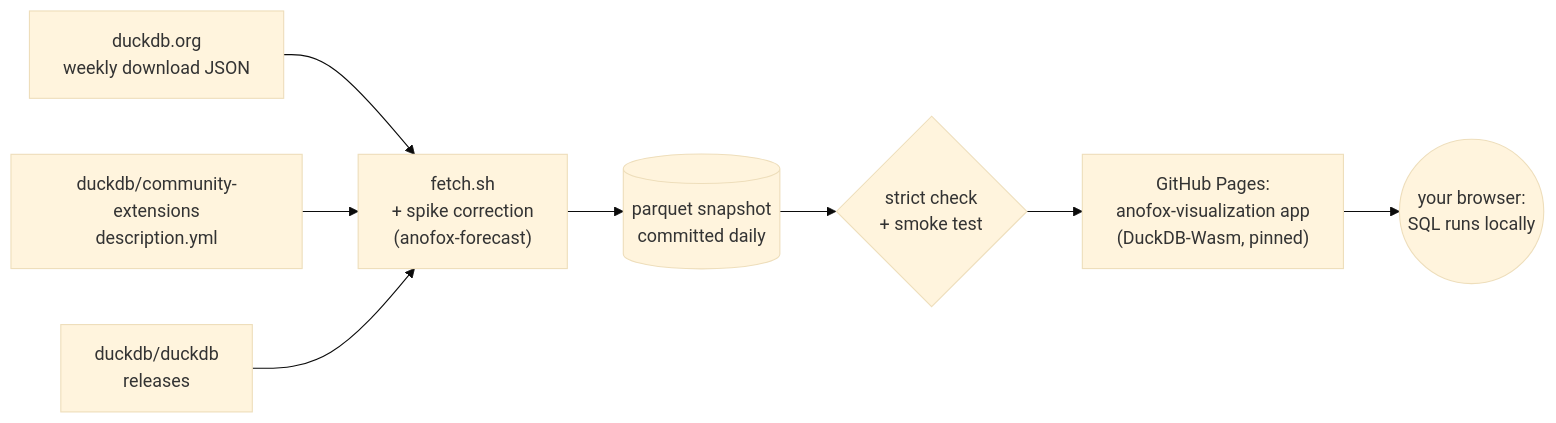
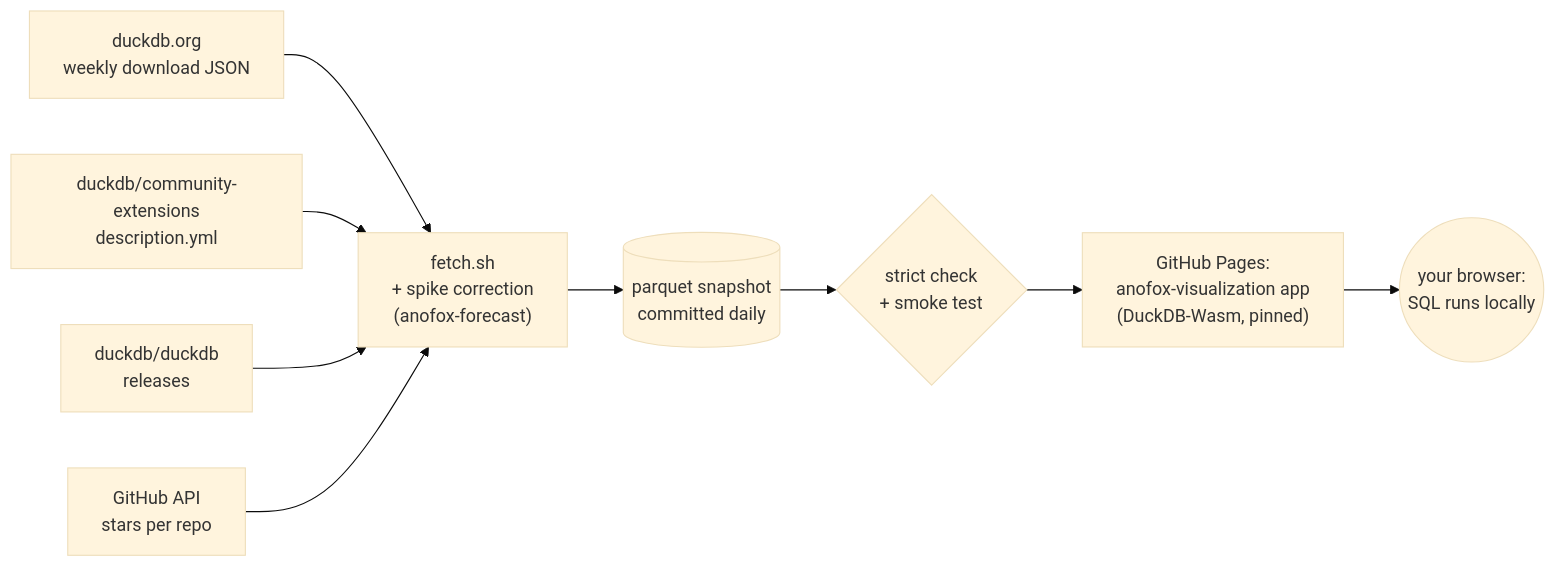
The diagram in README.md (DataZooDE/duckdb-extension-dashboard), drawn with Mermaid (base theme) before and after one commit. The commit also changed other lines of this file and 19 other files, not shown here.

First line of the commit message:
Stars & releases: GitHub stars and community releases in the daily fetch

````diff
--- a/README.md
+++ b/README.md
@@ -50,10 +53,11 @@
 ```mermaid
 flowchart LR
   A["duckdb.org<br/>weekly download JSON"] --> F
   B["duckdb/community-extensions<br/>description.yml"] --> F
   C["duckdb/duckdb<br/>releases"] --> F
+  G["GitHub API<br/>stars per repo"] --> F
   F["fetch.sh<br/>+ spike correction<br/>(anofox-forecast)"] --> S[("parquet snapshot<br/>committed daily")]
   S --> K{"strict check<br/>+ smoke test"}
   K --> P["GitHub Pages:<br/>anofox-visualization app<br/>(DuckDB-Wasm, pinned)"]
   P --> U(("your browser:<br/>SQL runs locally"))
 ```
````
